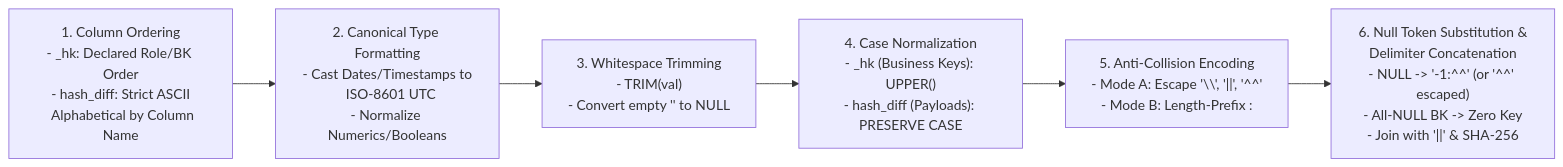
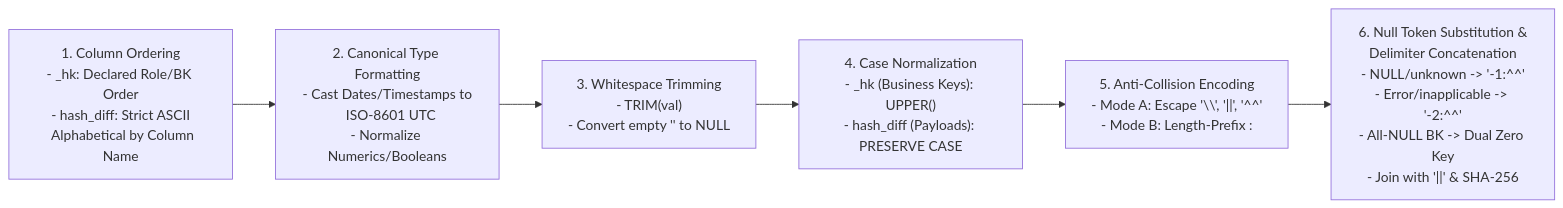
The fourth of 7 diagrams in docs/DV2_AGENT_REFERENCE_GUIDE.md (nogoo9/open-dv), drawn with Mermaid before and after one commit. The commit also changed other lines of this file and 173 other files, not shown here.

````diff
--- a/docs/DV2_AGENT_REFERENCE_GUIDE.md
+++ b/docs/DV2_AGENT_REFERENCE_GUIDE.md
@@ -457,8 +454,8 @@
 ```mermaid
 flowchart LR
     S1["1. Column Ordering\n- _hk: Declared Role/BK Order\n- hash_diff: Strict ASCII\n  Alphabetical by Column Name"] --> S2["2. Canonical Type Formatting\n- Cast Dates/Timestamps to\n  ISO-8601 UTC\n- Normalize Numerics/Booleans"]
     S2 --> S3["3. Whitespace Trimming\n- TRIM(val)\n- Convert empty '' to NULL"]
     S3 --> S4["4. Case Normalization\n- _hk (Business Keys): UPPER()\n- hash_diff (Payloads): PRESERVE CASE"]
     S4 --> S5["5. Anti-Collision Encoding\n- Mode A: Escape '\\', '||', '^^'\n- Mode B: Length-Prefix <len>:<val>"]
-    S5 --> S6["6. Null Token Substitution &\nDelimiter Concatenation\n- NULL -> '-1:^^' (or '^^' escaped)\n- All-NULL BK -> Zero Key\n- Join with '||' & SHA-256"]
+    S5 --> S6["6. Null Token Substitution &\nDelimiter Concatenation\n- NULL/unknown -> '-1:^^'\n- Error/inapplicable -> '-2:^^'\n- All-NULL BK -> Dual Zero Key\n- Join with '||' & SHA-256"]
 ```
````
